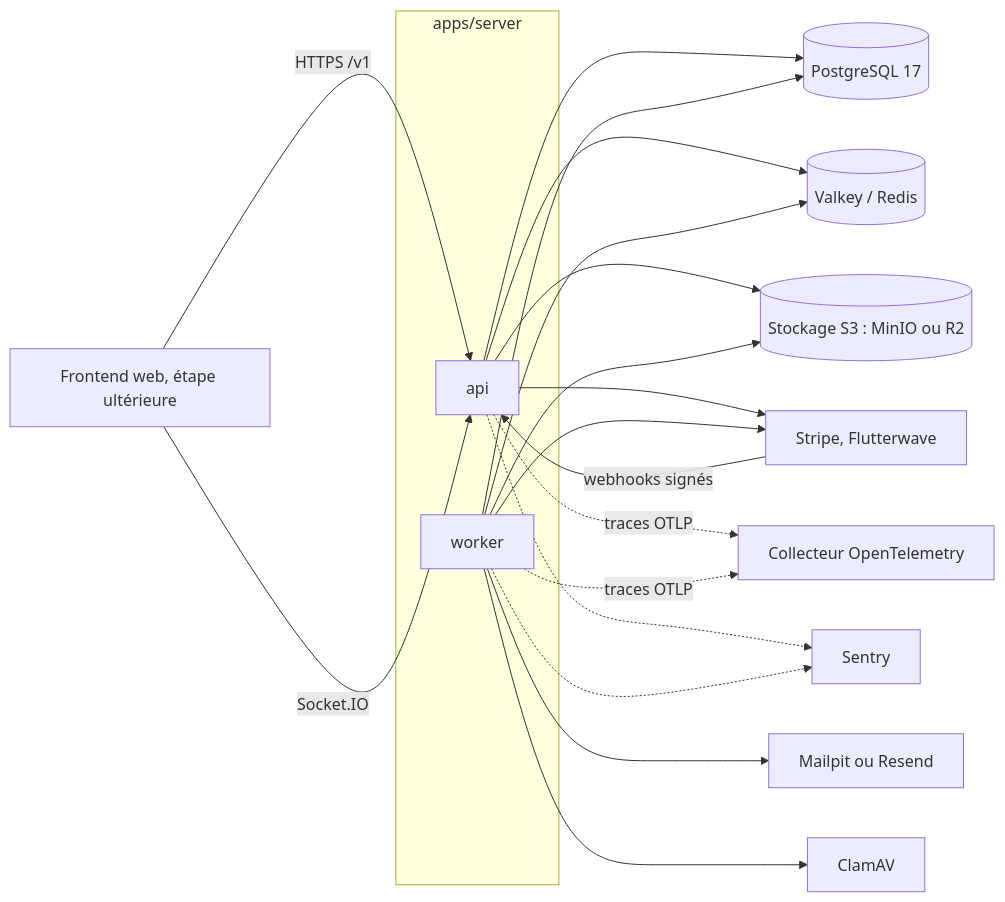
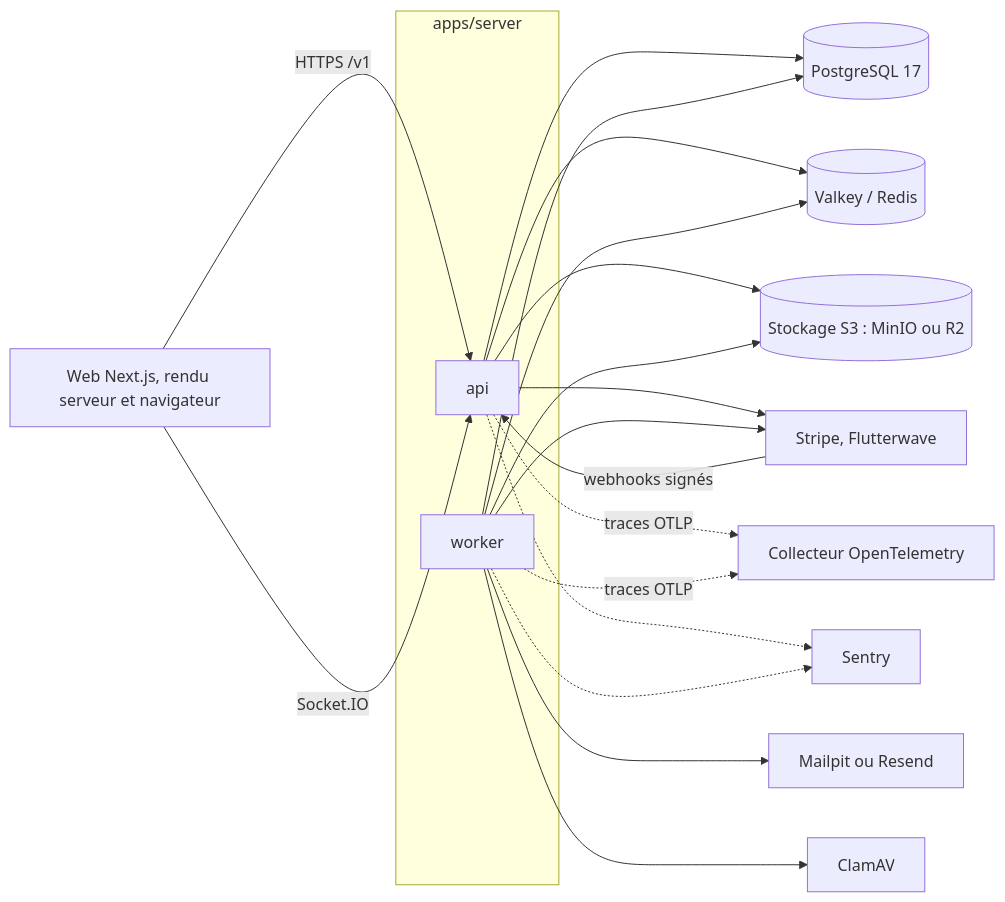
Before and after one commit to OpenWork-NCE/pitchorium: the first of 4 diagrams in docs/architecture/overview.md, drawn with Mermaid. The commit also changed other lines of this file and 6 other files, not shown here.

````diff
--- a/docs/architecture/overview.md
+++ b/docs/architecture/overview.md
@@ -37,24 +38,24 @@
 ```mermaid
 flowchart LR
-  web[Frontend web, étape ultérieure] -->|HTTPS /v1| api
+  web[Web Next.js, rendu serveur et navigateur] -->|HTTPS /v1| api
   web -->|Socket.IO| api
   subgraph server[apps/server]
     api[api]
     worker[worker]
   end
   api --> pg[(PostgreSQL 17)]
   worker --> pg
   api --> redis[(Valkey / Redis)]
   worker --> redis
   api --> s3[(Stockage S3 : MinIO ou R2)]
   worker --> mail[Mailpit ou Resend]
   worker --> s3
   worker --> clamav[ClamAV]
   api --> psp[Stripe, Flutterwave]
   worker --> psp
   psp -->|webhooks signés| api
   api -.->|traces OTLP| otel[Collecteur OpenTelemetry]
   worker -.->|traces OTLP| otel
   api -.-> sentry[Sentry]
   worker -.-> sentry
 ```
````
